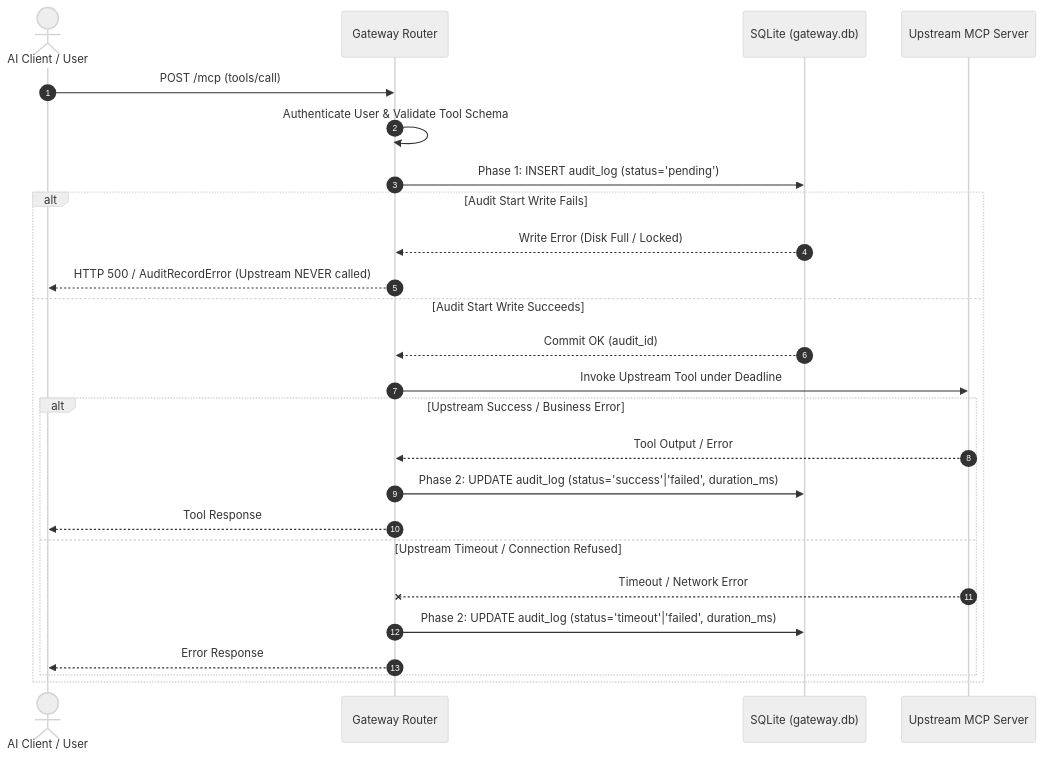
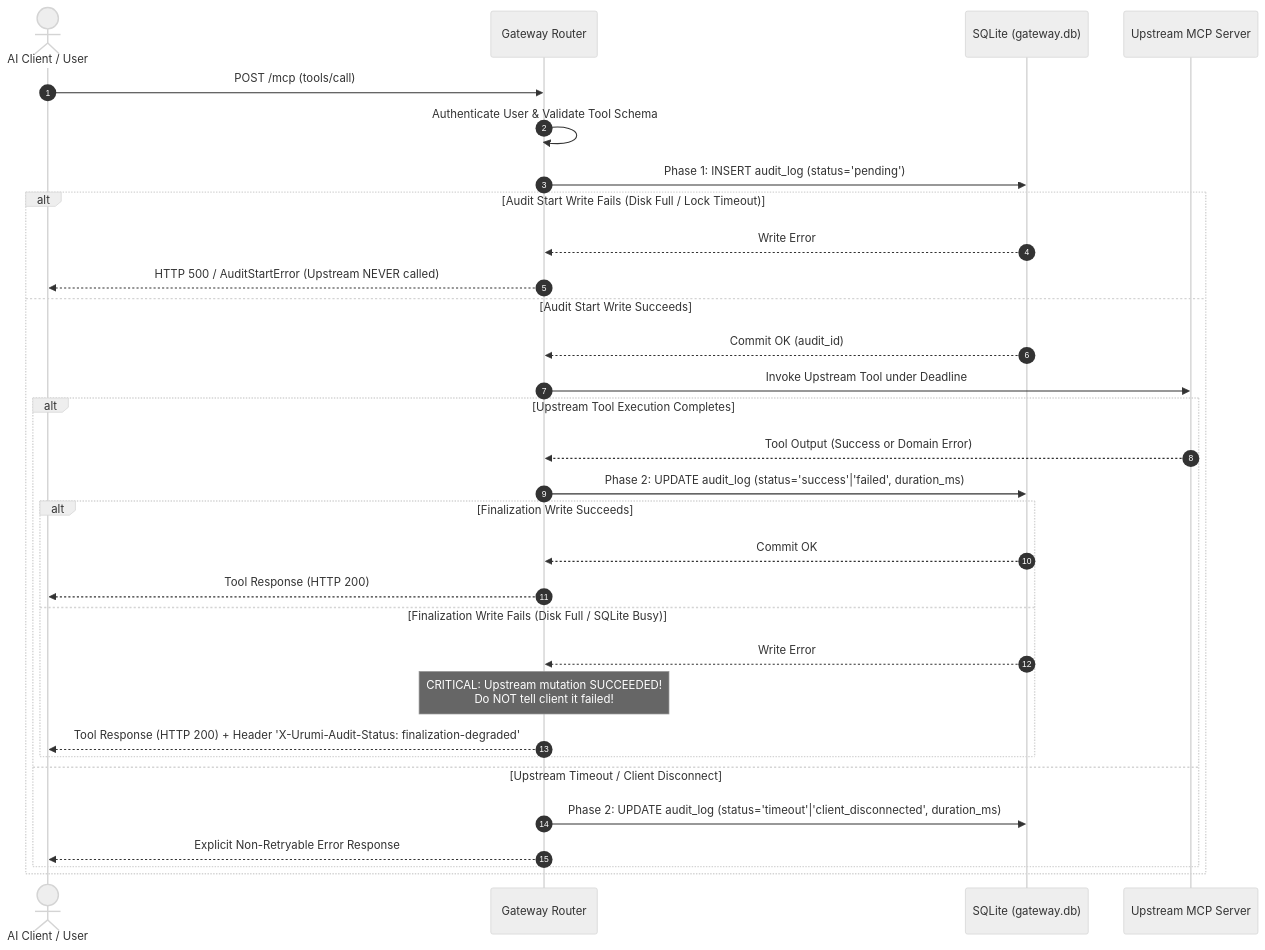
Before and after one commit to AdityaDRathore/MCP-Gateway-Kubernetes-Wcom: the diagram in docs/decisions/ADR-014-two-phase-audit-logging-and-retention.md, drawn with Mermaid (neutral theme). The commit also changed other lines of this file and 7 other files, not shown here.

Commit message:
ph 4: docs: update Architecture Decision Registers for Phase 4 gateway persistence, security, and resilience

````diff
--- a/docs/decisions/ADR-014-two-phase-audit-logging-and-retention.md
+++ b/docs/decisions/ADR-014-two-phase-audit-logging-and-retention.md
@@ -27,28 +28,34 @@
 ```mermaid
 sequenceDiagram
     autonumber
     actor Client as AI Client / User
     participant GW as Gateway Router
     participant DB as SQLite (gateway.db)
     participant UP as Upstream MCP Server
 
     Client->>GW: POST /mcp (tools/call)
     GW->>GW: Authenticate User & Validate Tool Schema
     GW->>DB: Phase 1: INSERT audit_log (status='pending')
-    alt Audit Start Write Fails
-        DB-->>GW: Write Error (Disk Full / Locked)
-        GW-->>Client: HTTP 500 / AuditRecordError (Upstream NEVER called)
+    alt Audit Start Write Fails (Disk Full / Lock Timeout)
+        DB-->>GW: Write Error
+        GW-->>Client: HTTP 500 / AuditStartError (Upstream NEVER called)
     else Audit Start Write Succeeds
         DB-->>GW: Commit OK (audit_id)
         GW->>UP: Invoke Upstream Tool under Deadline
-        alt Upstream Success / Business Error
-            UP-->>GW: Tool Output / Error
+        alt Upstream Tool Execution Completes
+            UP-->>GW: Tool Output (Success or Domain Error)
             GW->>DB: Phase 2: UPDATE audit_log (status='success'|'failed', duration_ms)
-            GW-->>Client: Tool Response
-        else Upstream Timeout / Connection Refused
-            UP--xGW: Timeout / Network Error
-            GW->>DB: Phase 2: UPDATE audit_log (status='timeout'|'failed', duration_ms)
-            GW-->>Client: Error Response
+            alt Finalization Write Succeeds
+                DB-->>GW: Commit OK
+                GW-->>Client: Tool Response (HTTP 200)
+            else Finalization Write Fails (Disk Full / SQLite Busy)
+                DB-->>GW: Write Error
+                Note over GW: CRITICAL: Upstream mutation SUCCEEDED!<br/>Do NOT tell client it failed!
+                GW-->>Client: Tool Response (HTTP 200) + Header 'X-Urumi-Audit-Status: finalization-degraded'
+            end
+        else Upstream Timeout / Client Disconnect
+            GW->>DB: Phase 2: UPDATE audit_log (status='timeout'|'client_disconnected', duration_ms)
+            GW-->>Client: Explicit Non-Retryable Error Response
         end
     end
 ```
````
